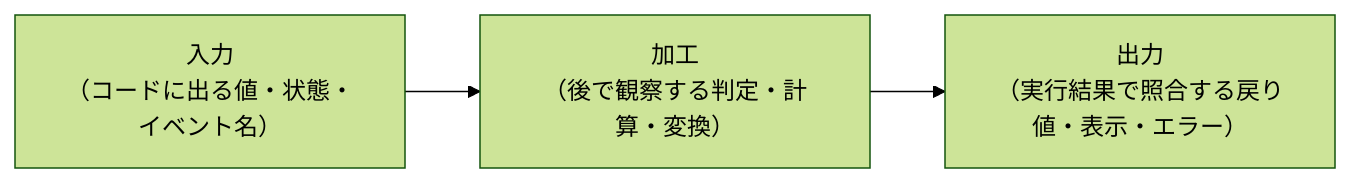
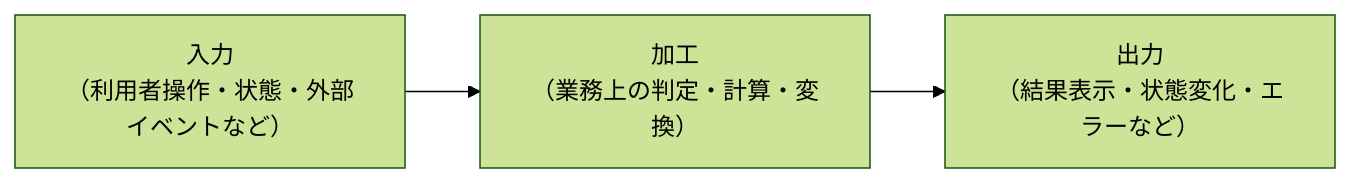
The diagram in kindle/design-patterns/templates/chapter-template.md (kumachan1101-pixel/DesignPattern), drawn with Mermaid (forest theme) before and after one commit. The commit also changed other lines of this file and 16 other files, not shown here.

````diff
--- a/kindle/design-patterns/templates/chapter-template.md
+++ b/kindle/design-patterns/templates/chapter-template.md
@@ -160,7 +160,7 @@
 ```mermaid
 flowchart LR
-    I["入力<br>（コードに出る値・状態・イベント名）"]
-    P["加工<br>（後で観察する判定・計算・変換）"]
-    O["出力<br>（実行結果で照合する戻り値・表示・エラー）"]
+    I["入力<br>（利用者操作・状態・外部イベントなど）"]
+    P["加工<br>（業務上の判定・計算・変換）"]
+    O["出力<br>（結果表示・状態変化・エラーなど）"]
     I --> P --> O
 ```
````
